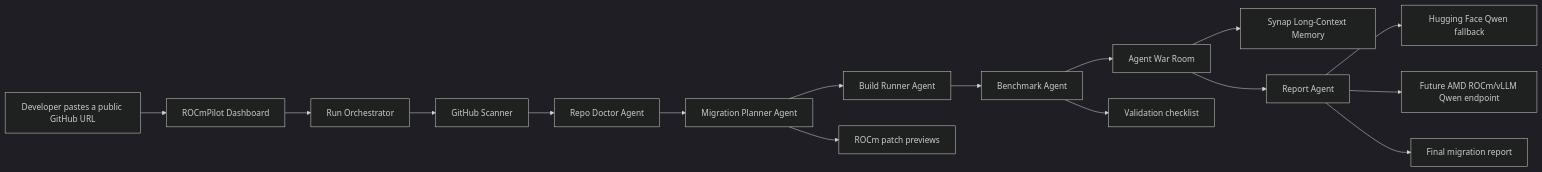
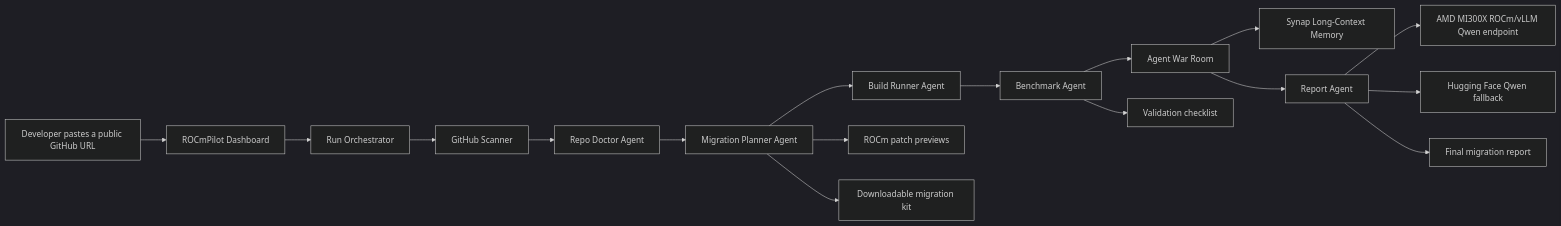
Before and after one commit to shivambhartiya/rocmpilot: the first of 10 diagrams in TECHNICAL_WALKTHROUGH.md, drawn with Mermaid (dark theme). The commit also changed other lines of this file and 1 other file, not shown here.

````diff
--- a/TECHNICAL_WALKTHROUGH.md
+++ b/TECHNICAL_WALKTHROUGH.md
@@ -38,18 +40,19 @@
 ```mermaid
 flowchart LR
   U["Developer pastes a public GitHub URL"] --> UI["ROCmPilot Dashboard"]
   UI --> R["Run Orchestrator"]
   R --> G["GitHub Scanner"]
   G --> D["Repo Doctor Agent"]
   D --> P["Migration Planner Agent"]
   P --> B["Build Runner Agent"]
   B --> M["Benchmark Agent"]
   M --> W["Agent War Room"]
   W --> S["Synap Long-Context Memory"]
   W --> REP["Report Agent"]
+  REP --> AMD["AMD MI300X ROCm/vLLM Qwen endpoint"]
   REP --> HF["Hugging Face Qwen fallback"]
-  REP --> AMD["Future AMD ROCm/vLLM Qwen endpoint"]
   REP --> OUT["Final migration report"]
   P --> PATCH["ROCm patch previews"]
   M --> EVID["Validation checklist"]
+  P --> KIT["Downloadable migration kit"]
 ```
````
